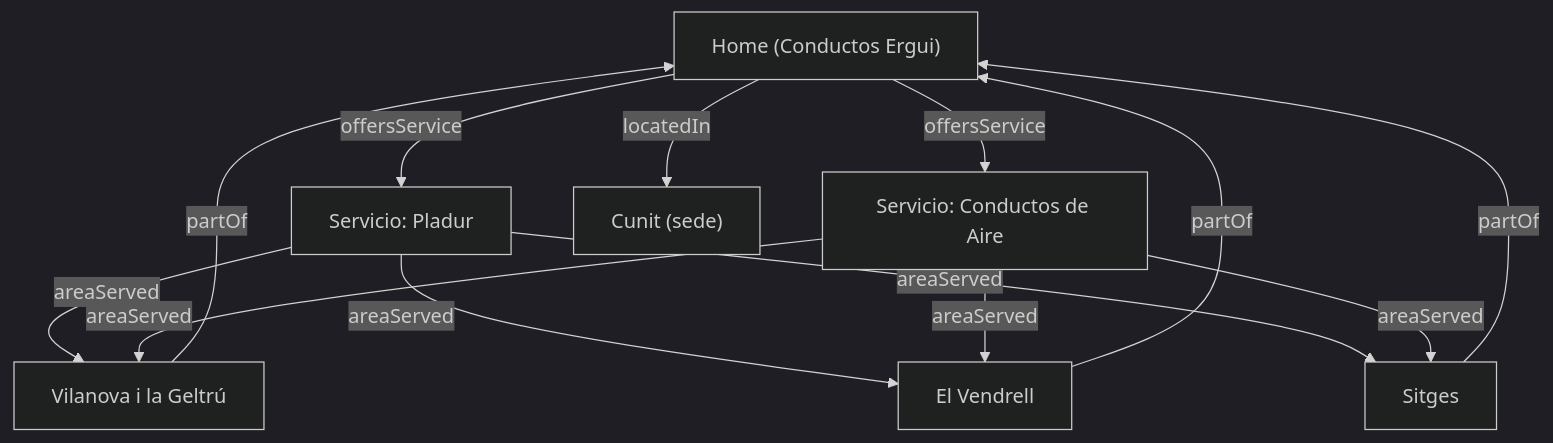
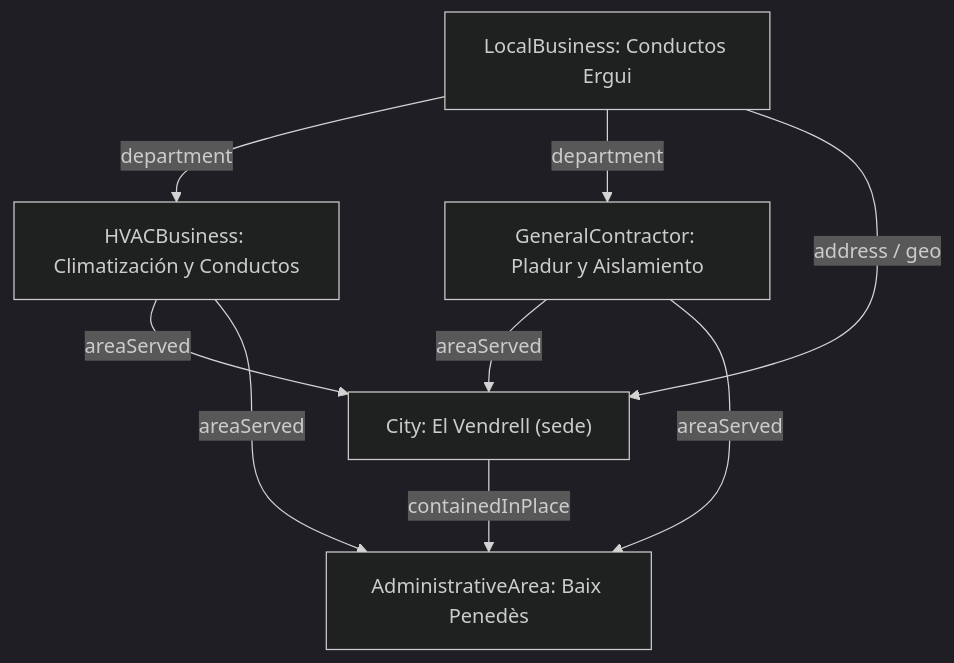
One commit to Conductosergui/web changed the diagram in arquitectura/silo-web.md. Above: the diagram before and after it, drawn with Mermaid (dark theme). The commit also changed other lines of this file and 23 other files, not shown here.

````diff
--- a/arquitectura/silo-web.md
+++ b/arquitectura/silo-web.md
@@ -29,26 +40,19 @@
 ```mermaid
 graph TD
-    Home["Home (Conductos Ergui)"]
-    Pladur["Servicio: Pladur"]
-    Conductos["Servicio: Conductos de Aire"]
-    Cunit["Cunit (sede)"]
-    VNG["Vilanova i la Geltrú"]
-    Vendrell["El Vendrell"]
-    Sitges["Sitges"]
+    Negocio["LocalBusiness: Conductos Ergui"]
+    Clima["HVACBusiness: Climatización y Conductos"]
+    Pladur["GeneralContractor: Pladur y Aislamiento"]
+    Vendrell["City: El Vendrell (sede)"]
+    Comarca["AdministrativeArea: Baix Penedès"]
 
-    Home -->|offersService| Pladur
-    Home -->|offersService| Conductos
-    Home -->|locatedIn| Cunit
+    Negocio -->|department| Clima
+    Negocio -->|department| Pladur
+    Negocio -->|address / geo| Vendrell
 
-    Pladur -->|areaServed| VNG
+    Clima -->|areaServed| Vendrell
+    Clima -->|areaServed| Comarca
     Pladur -->|areaServed| Vendrell
-    Pladur -->|areaServed| Sitges
+    Pladur -->|areaServed| Comarca
 
-    Conductos -->|areaServed| VNG
-    Conductos -->|areaServed| Vendrell
-    Conductos -->|areaServed| Sitges
-
-    VNG -->|partOf| Home
-    Vendrell -->|partOf| Home
-    Sitges -->|partOf| Home
+    Vendrell -->|containedInPlace| Comarca
 ```
````
